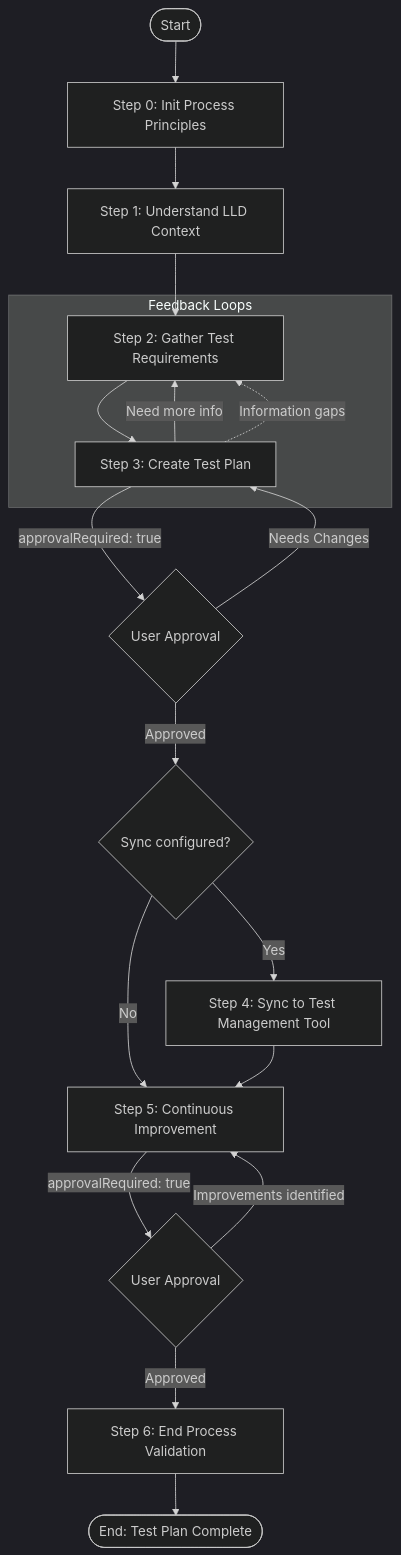
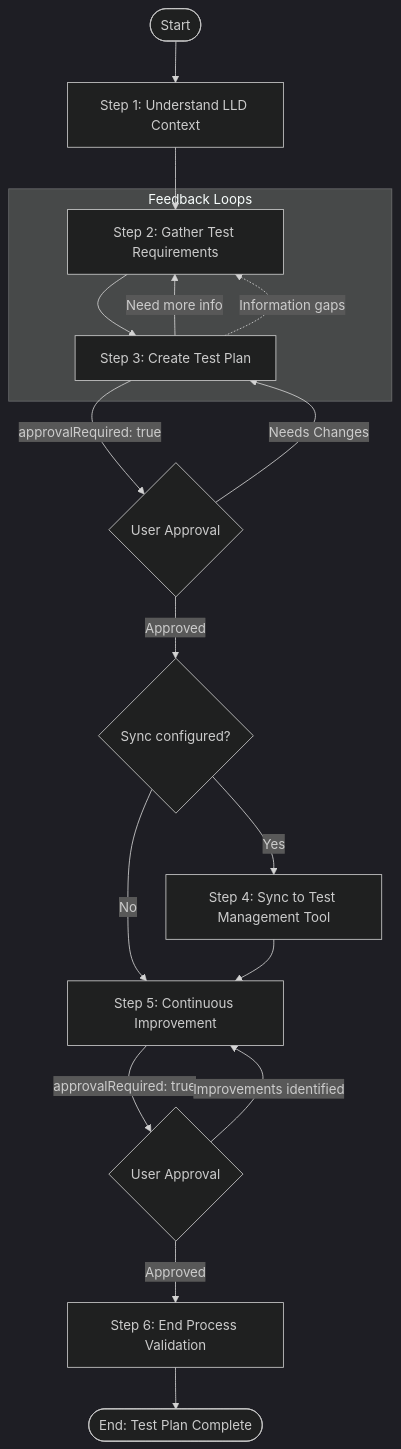
One commit to HMTools/agentic-processes-templates changed the diagram in templates/processes/testing/create-test-plan-from-lld/create-test-plan-from-lld.md. Above: the diagram before and after it, drawn with Mermaid (dark theme). The commit also changed other lines of this file and 64 other files, not shown here.

First line of the commit message:
refactor: Remove explicit process and step principle initialization

````diff
--- a/templates/processes/testing/create-test-plan-from-lld/create-test-plan-from-lld.md
+++ b/templates/processes/testing/create-test-plan-from-lld/create-test-plan-from-lld.md
@@ -38,26 +38,25 @@
 ```mermaid
 flowchart TD
-    Start([Start]) --> S0[Step 0: Init Process Principles]
-    S0 --> S1[Step 1: Understand LLD Context]
+    Start([Start]) --> S1[Step 1: Understand LLD Context]
     S1 --> S2[Step 2: Gather Test Requirements]
     
     S2 --> S3[Step 3: Create Test Plan]
     S3 -->|Need more info| S2
     S3 -->|approvalRequired: true| A3{User Approval}
     A3 -->|Approved| S4Check{Sync configured?}
     A3 -->|Needs Changes| S3
     
     S4Check -->|Yes| S4[Step 4: Sync to Test Management Tool]
     S4Check -->|No| S5
     S4 --> S5[Step 5: Continuous Improvement]
     
     S5 -->|approvalRequired: true| A5{User Approval}
     A5 -->|Approved| S6[Step 6: End Process Validation]
     A5 -->|Improvements identified| S5
     
     S6 --> End([End: Test Plan Complete])
     
     subgraph "Feedback Loops"
         S3 -.->|Information gaps| S2
     end
 ```
````
